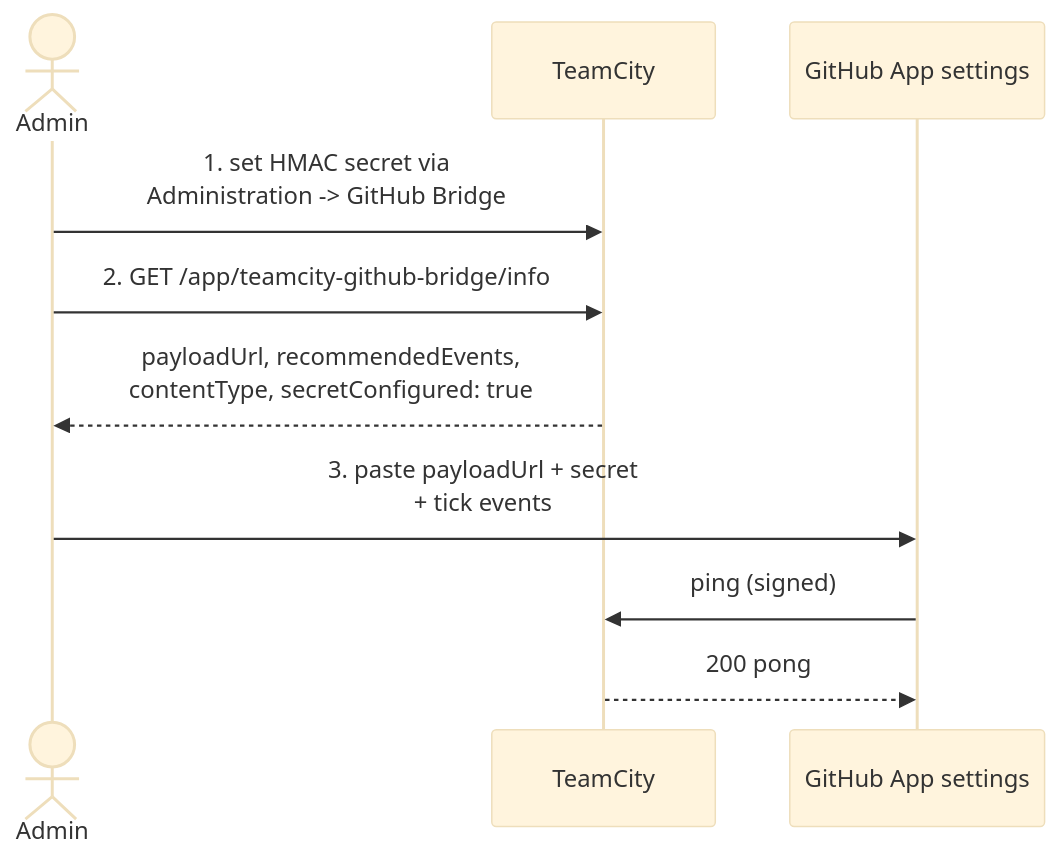
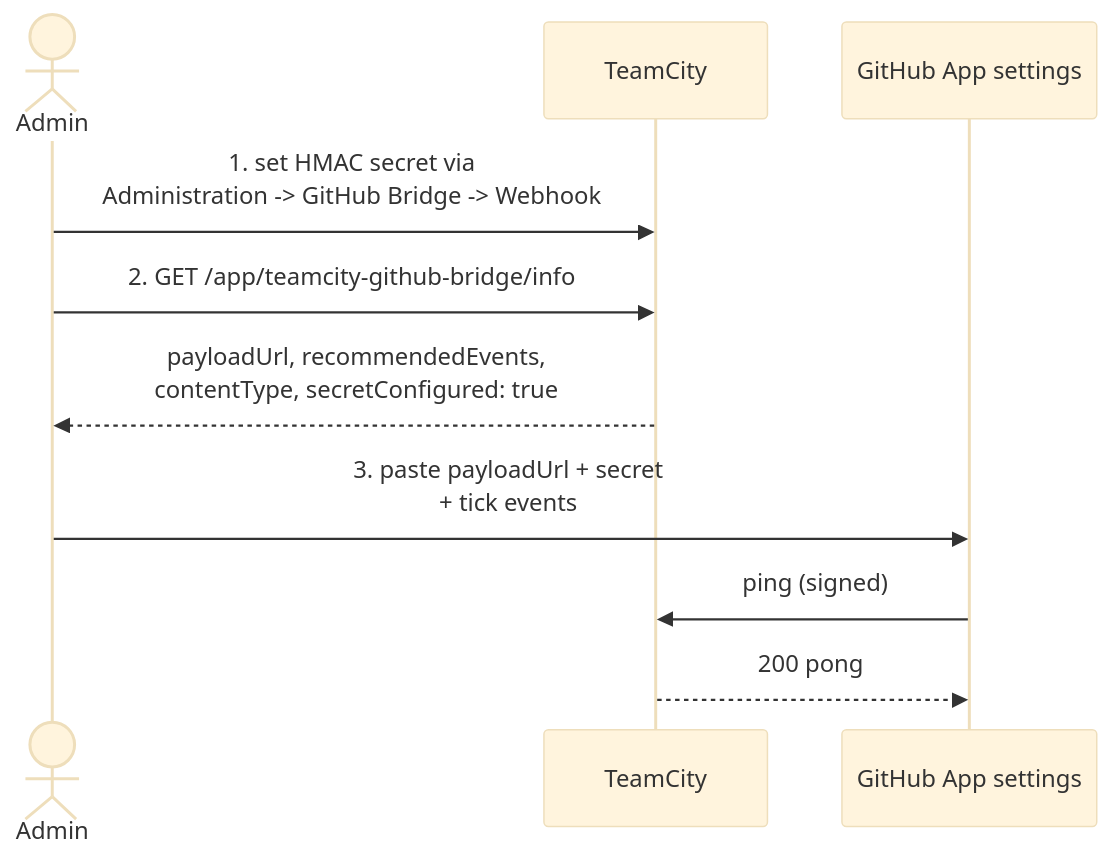
One commit to Silmaen/teamcity-github changed the second of 2 diagrams in doc/webhook-setup.md. Above: the diagram before and after it, drawn with Mermaid (base theme). The commit also changed other lines of this file and 16 other files, not shown here.

````diff
--- a/doc/webhook-setup.md
+++ b/doc/webhook-setup.md
@@ -47,13 +47,13 @@
 ```mermaid
 sequenceDiagram
     actor Admin
     participant TC as TeamCity
     participant GH as GitHub App settings
 
-    Admin->>TC: 1. set HMAC secret via<br/>Administration -> GitHub Bridge
+    Admin->>TC: 1. set HMAC secret via<br/>Administration -> GitHub Bridge -> Webhook
     Admin->>TC: 2. GET /app/teamcity-github-bridge/info
     TC-->>Admin: payloadUrl, recommendedEvents,<br/>contentType, secretConfigured: true
     Admin->>GH: 3. paste payloadUrl + secret<br/>+ tick events
     GH->>TC: ping (signed)
     TC-->>GH: 200 pong
 ```
````
